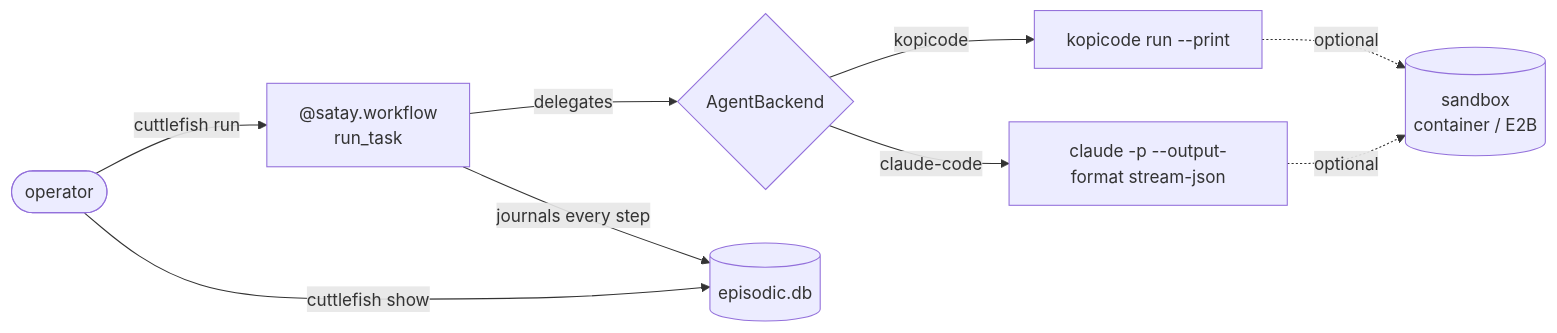
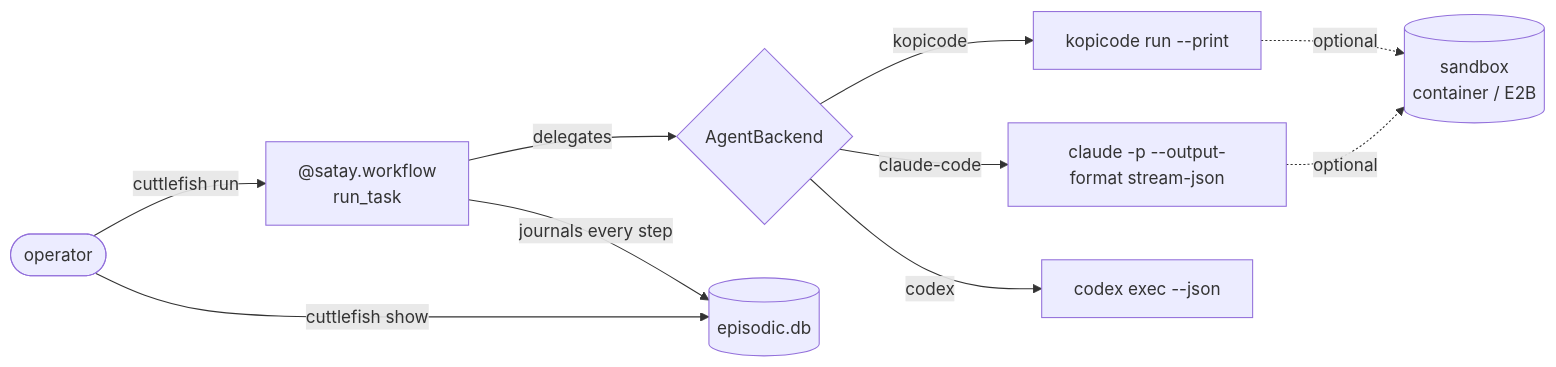
The diagram in README.md (leejianrong/cuttlefish-crew), drawn with Mermaid before and after one commit. The commit also changed other lines of this file and 4 other files, not shown here.

````diff
--- a/README.md
+++ b/README.md
@@ -27,11 +14,12 @@
 ```mermaid
 flowchart LR
     Operator(["operator"]) -->|cuttlefish run| Workflow["@satay.workflow<br/>run_task"]
     Workflow -->|delegates| Backend{AgentBackend}
     Backend -->|kopicode| Kopicode["kopicode run --print"]
     Backend -->|claude-code| Claude["claude -p --output-format stream-json"]
+    Backend -->|codex| Codex["codex exec --json"]
     Kopicode -.->|optional| Sandbox[("sandbox<br/>container / E2B")]
     Claude -.->|optional| Sandbox
     Workflow -->|journals every step| Journal[("episodic.db")]
     Operator -->|cuttlefish show| Journal
 ```
````
